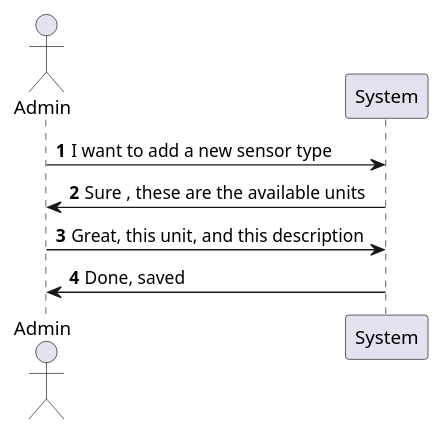
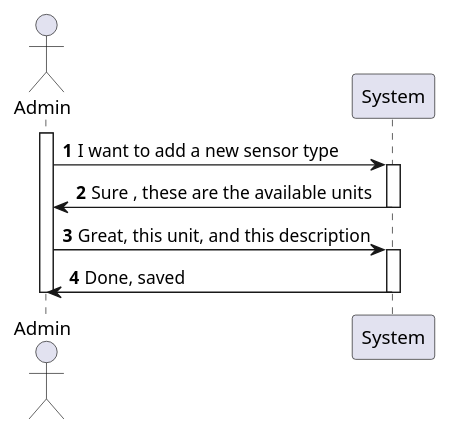
Before and after one commit to olivDiogo/SmartHome: the diagram in docs/useCases/uc04_toDefineSensorType/artifacts/uc04_SSD.puml, drawn with PlantUML. The commit also changed 23 other files, not shown here.

```diff
--- a/docs/useCases/uc04_toDefineSensorType/artifacts/uc04_SSD.puml
+++ b/docs/useCases/uc04_toDefineSensorType/artifacts/uc04_SSD.puml
@@ -1,16 +1,22 @@
 @startuml
 'As an Administrator, I want to have a list of existing rooms, so that I can choose
 'one to edit it.'
 
 !pragma layout smetana
 autonumber
 
 actor Admin
 participant System
 
+activate Admin
 Admin -> System: I want to add a new sensor type
+activate System
 System -> Admin: Sure , these are the available units
+deactivate System
 Admin -> System: Great, this unit, and this description
+activate System
 System -> Admin: Done, saved
+deactivate System
+deactivate Admin
 
 @enduml
```
